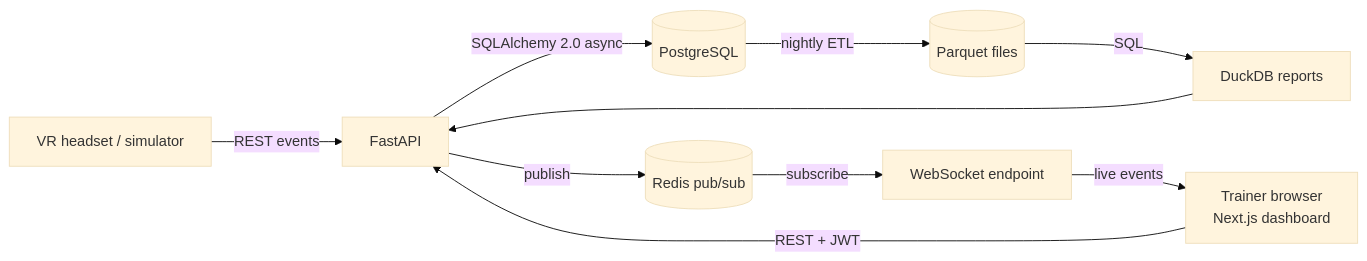
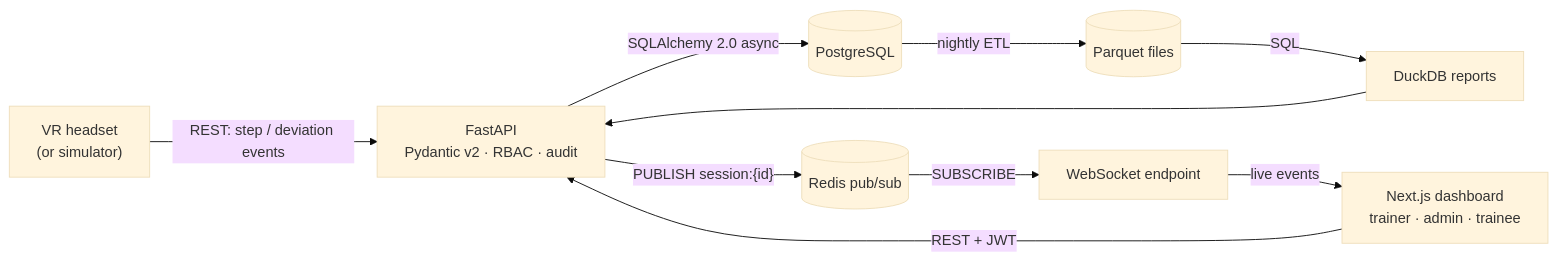
One commit to vladimirmilivojevic-creator/cleanroom-insights changed the first of 3 diagrams in README.md. Above: the diagram before and after it, drawn with Mermaid (base theme). The commit also changed other lines of this file and 3 other files, not shown here.

Commit message:
Live demo links, modern README with demo GIF, API wake-up status on login, keep-alive in working hours

````diff
--- a/README.md
+++ b/README.md
@@ -42,12 +102,12 @@
 ```mermaid
 flowchart LR
-    H[VR headset / simulator] -- REST events --> API
-    T[Trainer browser<br/>Next.js dashboard] -- REST + JWT --> API
-    API[FastAPI] -- SQLAlchemy 2.0 async --> PG[(PostgreSQL)]
-    API -- publish --> R[(Redis pub/sub)]
-    R -- subscribe --> WS[WebSocket endpoint]
-    WS -- live events --> T
-    PG -- nightly ETL --> PQ[(Parquet files)]
-    PQ -- SQL --> D[DuckDB reports]
-    D --> API
+    H["VR headset<br/>(or simulator)"] -- "REST: step / deviation events" --> API
+    B["Next.js dashboard<br/>trainer · admin · trainee"] -- "REST + JWT" --> API
+    API["FastAPI<br/>Pydantic v2 · RBAC · audit"] -- "SQLAlchemy 2.0 async" --> PG[("PostgreSQL")]
+    API -- "PUBLISH session:{id}" --> R[("Redis pub/sub")]
+    R -- "SUBSCRIBE" --> WS["WebSocket endpoint"]
+    WS -- "live events" --> B
+    PG -- "nightly ETL" --> PQ[("Parquet files")]
+    PQ -- "SQL" --> DD["DuckDB reports"]
+    DD --> API
 ```
````
